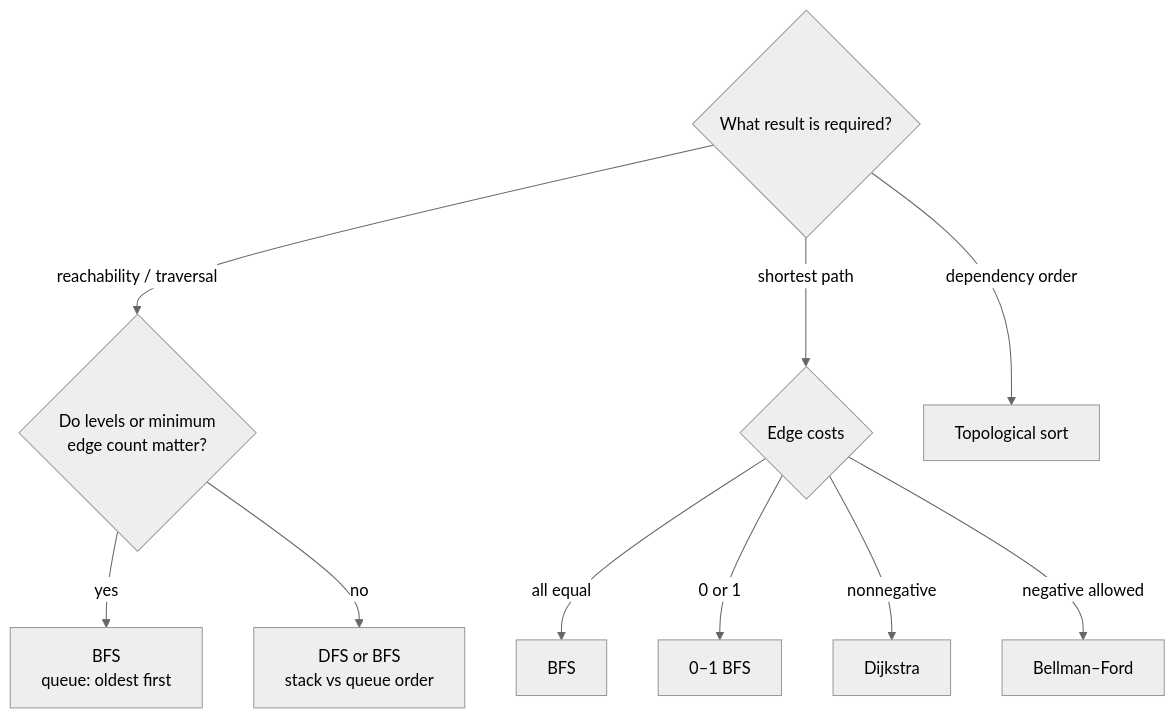
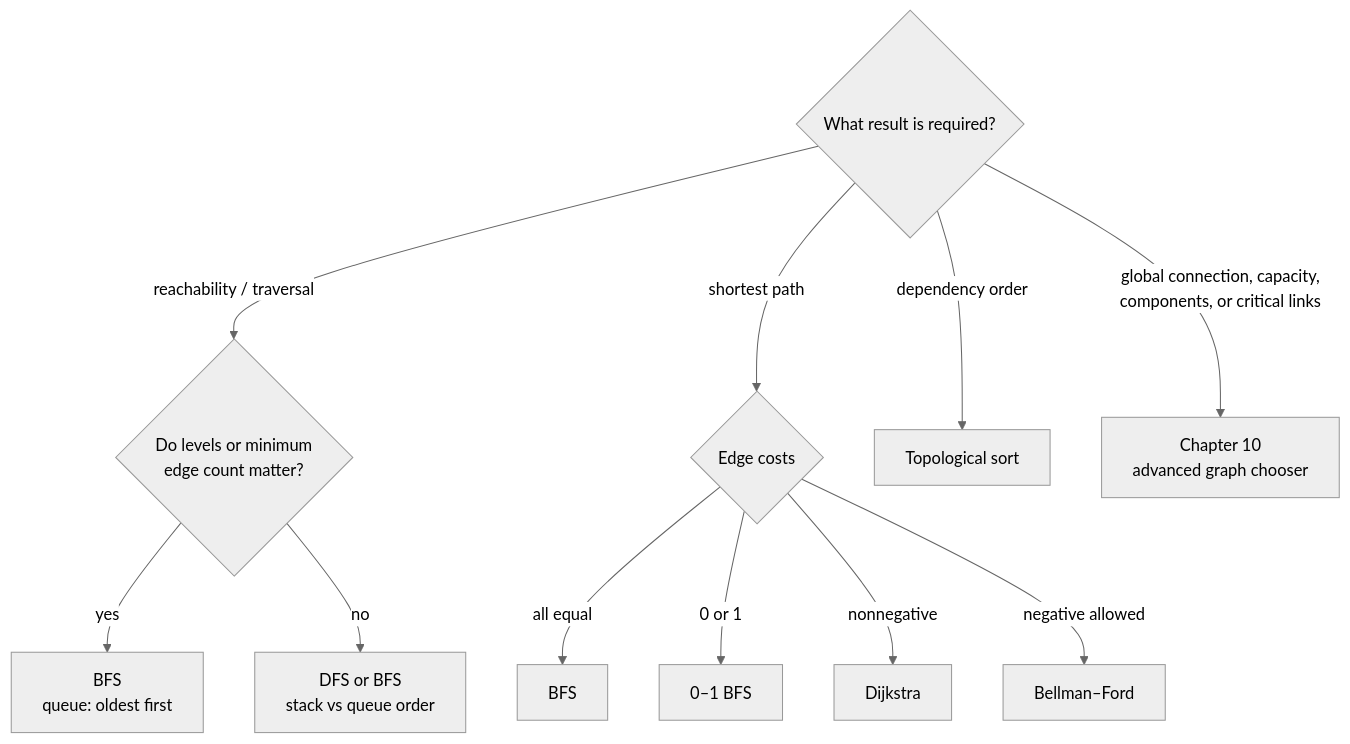
Before and after one commit to buicongnguyen/Leetcode: the diagram in docs/chapter_06_graphs/index.md, drawn with Mermaid (neutral theme). The commit also changed other lines of this file and 6 other files, not shown here.

Commit message:
Add chapter thinking-flow guides

````diff
--- a/docs/chapter_06_graphs/index.md
+++ b/docs/chapter_06_graphs/index.md
@@ -13,15 +13,16 @@
 ```mermaid
 flowchart TD
   accTitle: Choosing a graph traversal or shortest-path algorithm
   accDescr: First choose the required result. For traversal, use BFS when levels or minimum edge count matter and DFS when any complete reachability exploration is enough. For shortest paths, choose BFS, zero-one BFS, Dijkstra, or Bellman-Ford from the edge costs. Use topological sort for dependency order.
   A{"What result is required?"}
   A -->|"reachability / traversal"| B{"Do levels or minimum<br/>edge count matter?"}
   B -->|yes| H["BFS<br/>queue: oldest first"]
   B -->|no| I["DFS or BFS<br/>stack vs queue order"]
   A -->|"shortest path"| C{"Edge costs"}
   C -->|"all equal"| D["BFS"]
   C -->|"0 or 1"| E["0–1 BFS"]
   C -->|"nonnegative"| F["Dijkstra"]
   C -->|"negative allowed"| G["Bellman–Ford"]
   A -->|"dependency order"| J["Topological sort"]
+  A -->|"global connection, capacity,<br/>components, or critical links"| K["Chapter 10<br/>advanced graph chooser"]
 ```
````
